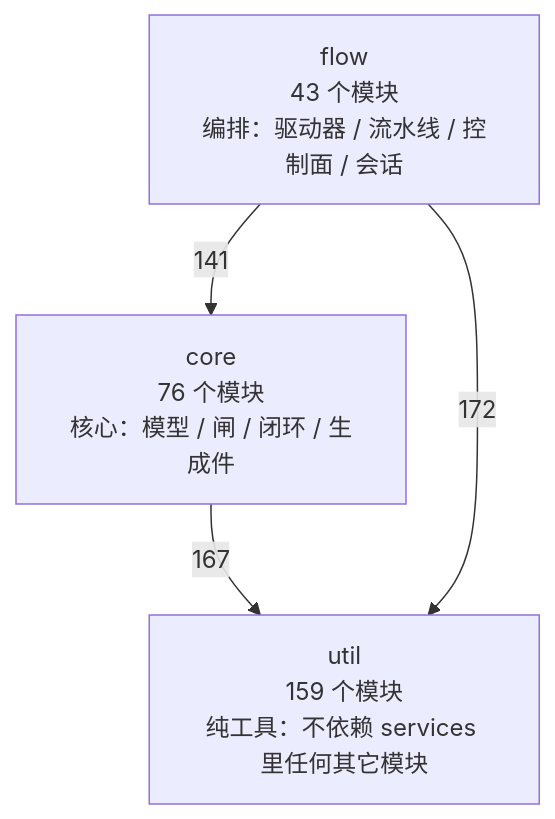
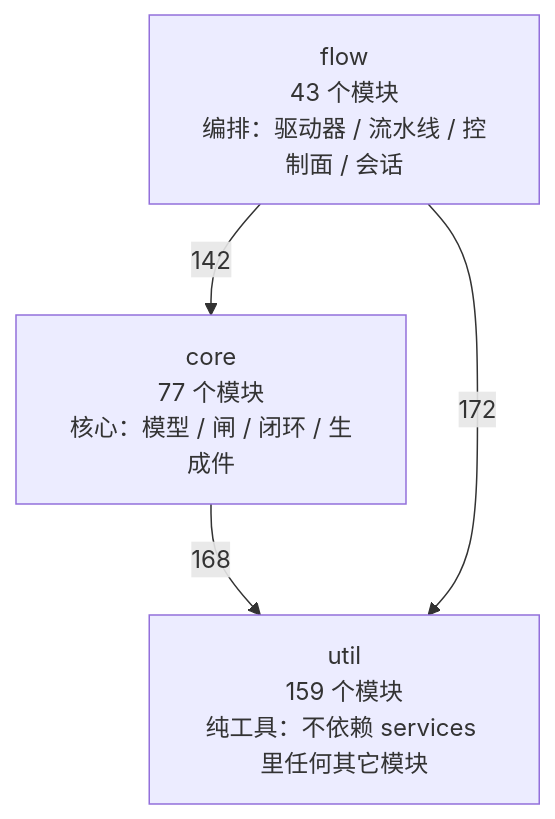
One commit to 2686521696/WhyBuddy changed the first of 4 diagrams in docs/SlideRule V6.2 架构图（自动生成）.md. Above: the diagram before and after it, drawn with Mermaid. The commit also changed other lines of this file and 12 other files, not shown here.

````diff
--- a/docs/SlideRule V6.2 架构图（自动生成）.md
+++ b/docs/SlideRule V6.2 架构图（自动生成）.md
@@ -50,9 +50,9 @@
 ```mermaid
 flowchart TB
   util["util<br/>159 个模块<br/>纯工具：不依赖 services 里任何其它模块"]
-  core["core<br/>76 个模块<br/>核心：模型 / 闸 / 闭环 / 生成件"]
+  core["core<br/>77 个模块<br/>核心：模型 / 闸 / 闭环 / 生成件"]
   flow["flow<br/>43 个模块<br/>编排：驱动器 / 流水线 / 控制面 / 会话"]
-  core -->|167| util
-  flow -->|141| core
+  core -->|168| util
+  flow -->|142| core
   flow -->|172| util
 ```
````
